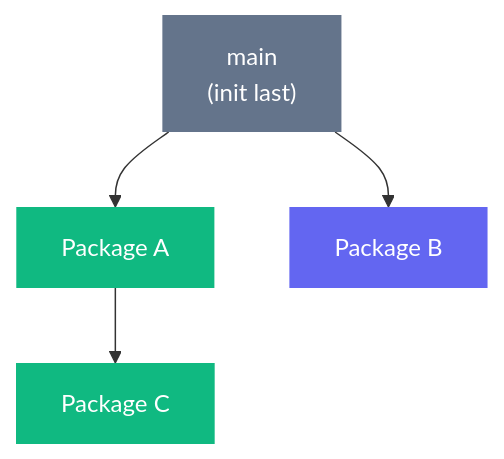
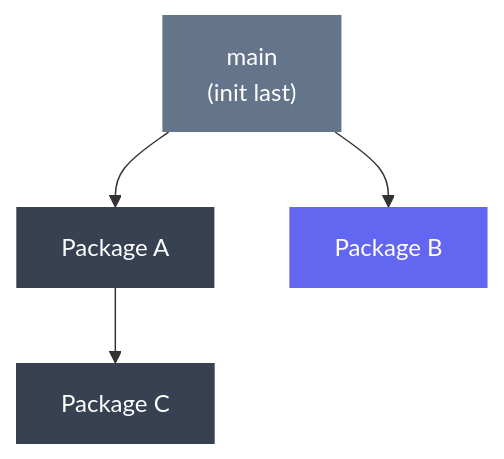
One commit to ashwingopalsamy/site changed the second of 3 diagrams in content/writing/go-program-entry-point.md. Above: the diagram before and after it, drawn with Mermaid. The commit also changed other lines of this file and 26 other files, not shown here.

```diff
--- a/content/writing/go-program-entry-point.md
+++ b/content/writing/go-program-entry-point.md
@@ -112,16 +112,16 @@
 {{< mermaid >}}
 graph TD
     main["main\n(init last)"]
     A["Package A"]
     B["Package B"]
     C["Package C"]
 
     main --> A
     main --> B
     A --> C
 
-    style C fill:#10b981,color:#fff,stroke:none
-    style A fill:#10b981,color:#fff,stroke:none
+    style C fill:#374151,color:#fff,stroke:none
+    style A fill:#374151,color:#fff,stroke:none
     style B fill:#6366f1,color:#fff,stroke:none
     style main fill:#64748b,color:#fff,stroke:none
 {{< /mermaid >}}
```
